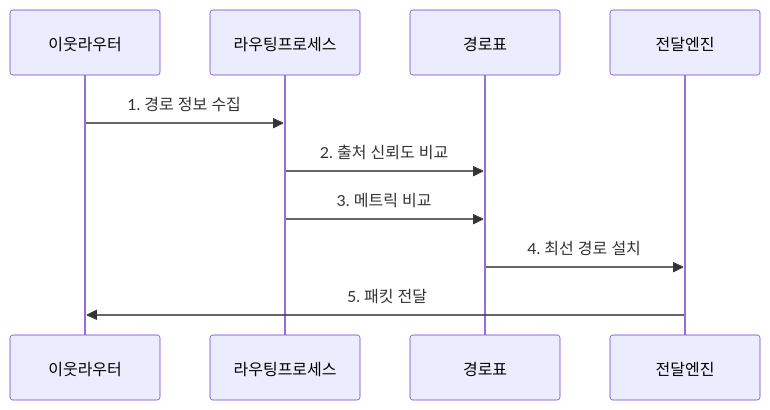
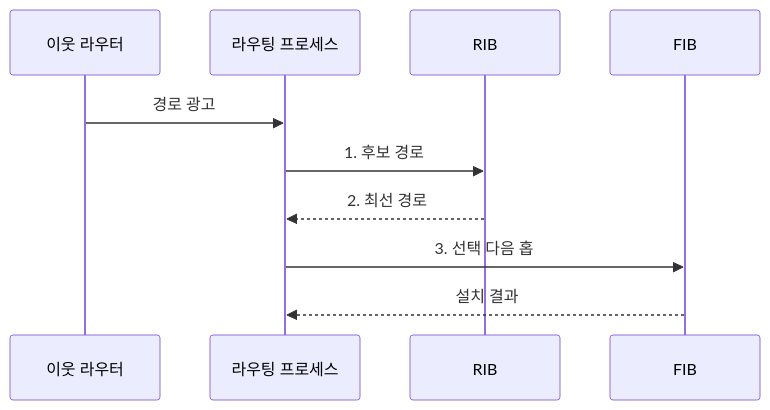
Before and after one commit to agnusdei1207/knowledge-base: the second of 2 diagrams in src/content/docs/notes/04-network/010_routing_static_dynamic.md, drawn with Mermaid. The commit also changed other lines of this file and 20 other files, not shown here.

````diff
--- a/src/content/docs/notes/04-network/010_routing_static_dynamic.md
+++ b/src/content/docs/notes/04-network/010_routing_static_dynamic.md
@@ -87,12 +96,12 @@
 ```mermaid
 sequenceDiagram
-    participant 이웃라우터
-    participant 라우팅프로세스
-    participant 경로표
-    participant 전달엔진
-    이웃라우터->>라우팅프로세스: 1. 경로 정보 수집
-    라우팅프로세스->>경로표: 2. 출처 신뢰도 비교
-    라우팅프로세스->>경로표: 3. 메트릭 비교
-    경로표->>전달엔진: 4. 최선 경로 설치
-    전달엔진->>이웃라우터: 5. 패킷 전달
+    participant N as 이웃 라우터
+    participant P as 라우팅 프로세스
+    participant R as RIB
+    participant F as FIB
+    N->>P: 경로 광고
+    P->>R: 1. 후보 경로
+    R-->>P: 2. 최선 경로
+    P->>F: 3. 선택 다음 홉
+    F-->>P: 설치 결과
 ```
````
